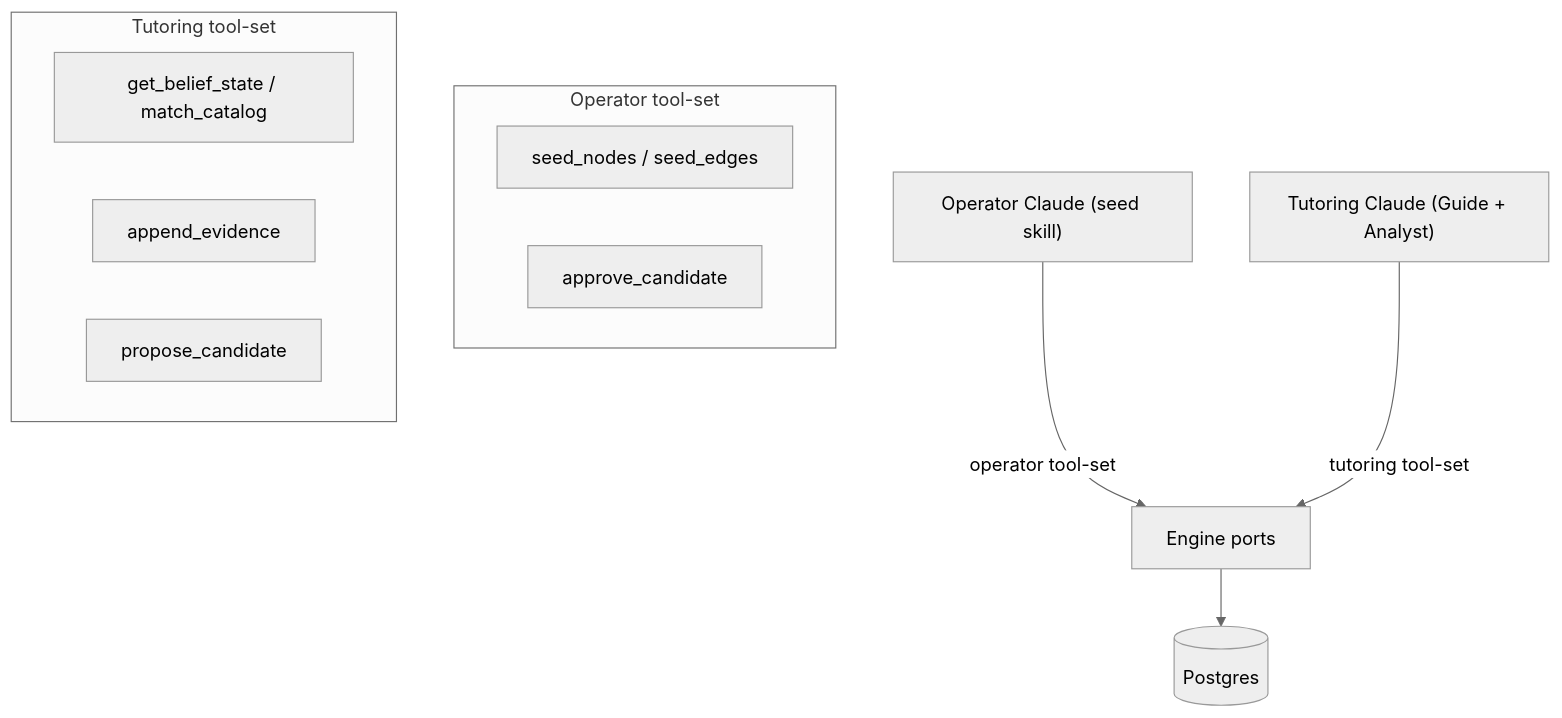
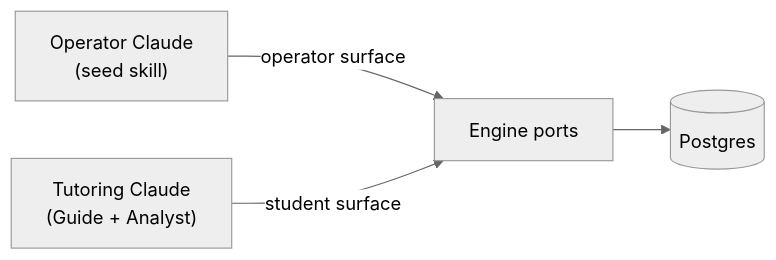
The first of 2 diagrams in src/content/docs/product/mvp-poc.md (stemolly/wiki), drawn with Mermaid (neutral theme) before and after one commit. The commit also changed other lines of this file and 23 other files, not shown here.

````diff
--- a/src/content/docs/product/mvp-poc.md
+++ b/src/content/docs/product/mvp-poc.md
@@ -105,17 +134,6 @@
 ```mermaid
-graph TD
-    A["Operator Claude (seed skill)"] -->|"operator tool-set"| E["Engine ports"]
-    B["Tutoring Claude (Guide + Analyst)"] -->|"tutoring tool-set"| E
-    E --> P[("Postgres")]
-
-    subgraph "Operator tool-set"
-        O1["seed_nodes / seed_edges"]
-        O2["approve_candidate"]
-    end
-
-    subgraph "Tutoring tool-set"
-        T1["get_belief_state / match_catalog"]
-        T2["append_evidence"]
-        T3["propose_candidate"]
-    end
+graph LR
+    Operator["Operator Claude<br/>(seed skill)"] -->|"operator surface"| E["Engine ports"]
+    Guide["Tutoring Claude<br/>(Guide + Analyst)"] -->|"student surface"| E
+    E --> PG[("Postgres")]
 ```
````
